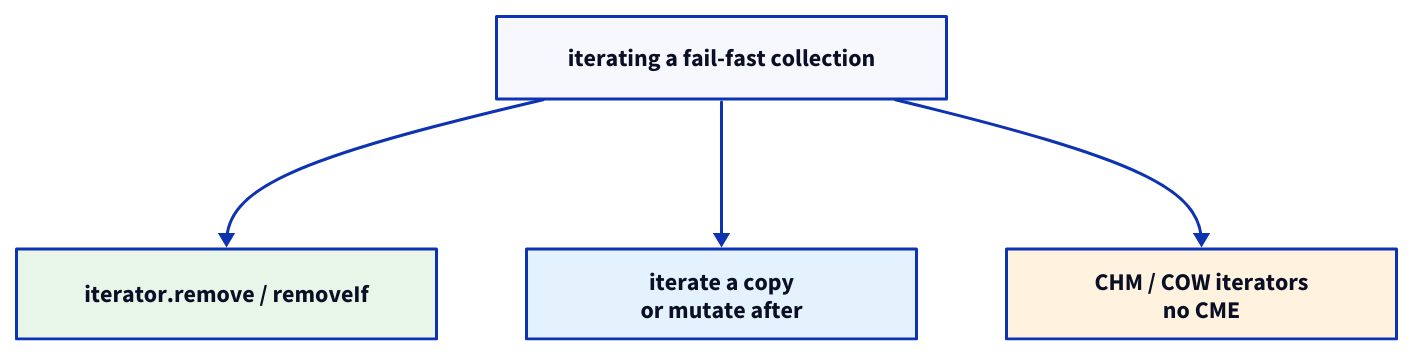
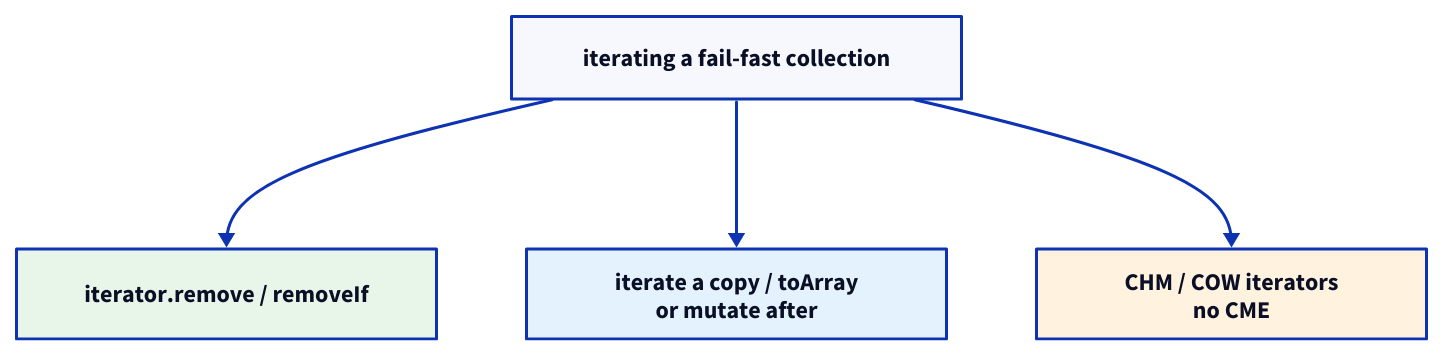
The diagram in SRS/How do you avoid ConcurrentModificationException while iterating a collection.md (LogicAdept/SRS-Obsidian), drawn with D2 before and after one commit. The commit also changed other lines of this file and 25 other files, not shown here.

````diff
--- a/SRS/How do you avoid ConcurrentModificationException while iterating a collection.md
+++ b/SRS/How do you avoid ConcurrentModificationException while iterating a collection.md
@@ -24,26 +24,26 @@
 ```d2
 direction: down
 walk: "iterating a fail-fast collection" {
   width: 300
   height: 55
 }
 own: "iterator.remove / removeIf" {
   width: 280
   height: 60
   style.fill: "#e8f5e9"
 }
-copy: "iterate a copy\nor mutate after" {
-  width: 260
+copy: "iterate a copy / toArray\nor mutate after" {
+  width: 280
   height: 60
   style.fill: "#e3f2fd"
 }
 conc: "CHM / COW iterators\nno CME" {
   width: 260
   height: 60
   style.fill: "#fff3e0"
 }
 
 walk -> own
 walk -> copy
 walk -> conc
 ```
````
